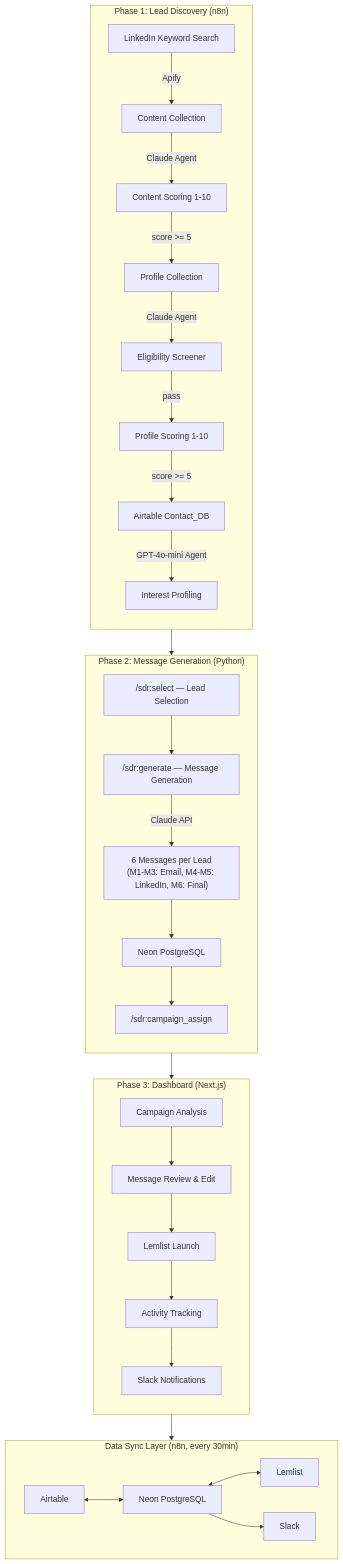
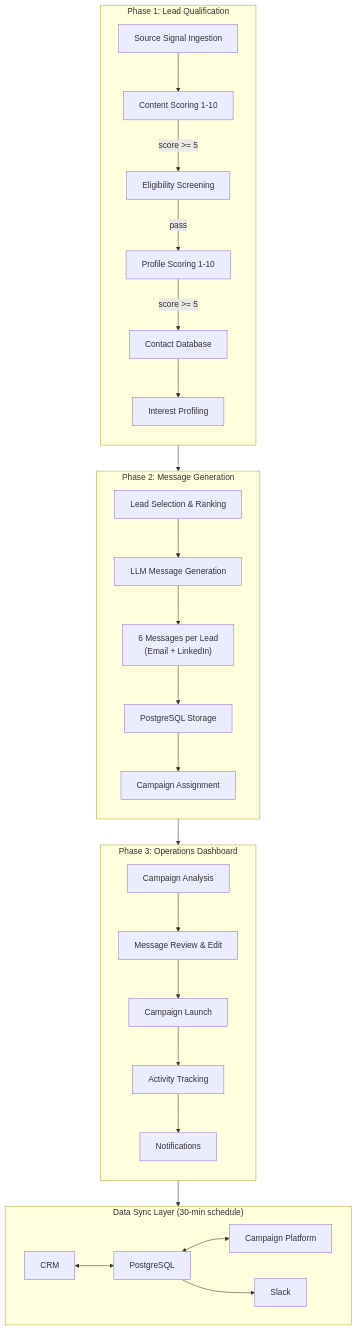
The diagram in README.md (SohyunLabs/ai-sdr-outreach-system), drawn with Mermaid before and after one commit. The commit also changed other lines of this file and 66 other files, not shown here.

````diff
--- a/README.md
+++ b/README.md
@@ -42,40 +67,38 @@
 ```mermaid
 flowchart TB
-    subgraph P1["Phase 1: Lead Discovery (n8n)"]
+    subgraph P1["Phase 1: Lead Qualification"]
         direction TB
-        A1[LinkedIn Keyword Search] -->|Apify| A2[Content Collection]
-        A2 -->|Claude Agent| A3[Content Scoring 1-10]
-        A3 -->|score >= 5| A4[Profile Collection]
-        A4 -->|Claude Agent| A5[Eligibility Screener]
-        A5 -->|pass| A6[Profile Scoring 1-10]
-        A6 -->|score >= 5| A7[Airtable Contact_DB]
-        A7 -->|GPT-4o-mini Agent| A8[Interest Profiling]
+        A1[Source Signal Ingestion] --> A2[Content Scoring 1-10]
+        A2 -->|score >= 5| A3[Eligibility Screening]
+        A3 -->|pass| A4[Profile Scoring 1-10]
+        A4 -->|score >= 5| A5[Contact Database]
+        A5 --> A6[Interest Profiling]
     end
 
-    subgraph P2["Phase 2: Message Generation (Python)"]
+    subgraph P2["Phase 2: Message Generation"]
         direction TB
-        B1["/sdr:select — Lead Selection"] --> B2["/sdr:generate — Message Generation"]
-        B2 -->|Claude API| B3["6 Messages per Lead\n(M1-M3: Email, M4-M5: LinkedIn, M6: Final)"]
-        B3 --> B4[Neon PostgreSQL]
-        B4 --> B5["/sdr:campaign_assign"]
+        B1[Lead Selection & Ranking] --> B2[LLM Message Generation]
+        B2 --> B3["6 Messages per Lead\n(Email + LinkedIn)"]
+        B3 --> B4[PostgreSQL Storage]
+        B4 --> B5[Campaign Assignment]
     end
 
-    subgraph P3["Phase 3: Dashboard (Next.js)"]
+    subgraph P3["Phase 3: Operations Dashboard"]
         direction TB
         C1[Campaign Analysis] --> C2[Message Review & Edit]
-        C2 --> C3[Lemlist Launch]
+        C2 --> C3[Campaign Launch]
         C3 --> C4[Activity Tracking]
-        C4 --> C5[Slack Notifications]
+        C4 --> C5[Notifications]
     end
 
-    subgraph Sync["Data Sync Layer (n8n, every 30min)"]
+    subgraph Sync["Data Sync Layer (30-min schedule)"]
         direction LR
-        S1[Airtable] <--> S2[Neon PostgreSQL]
-        S2 <--> S3[Lemlist]
+        S1[CRM] <--> S2[PostgreSQL]
+        S2 <--> S3[Campaign Platform]
         S2 --> S4[Slack]
     end
 
-    A8 --> B1
+    A6 --> B1
     B5 --> C1
     C3 --> Sync
 ```
````
